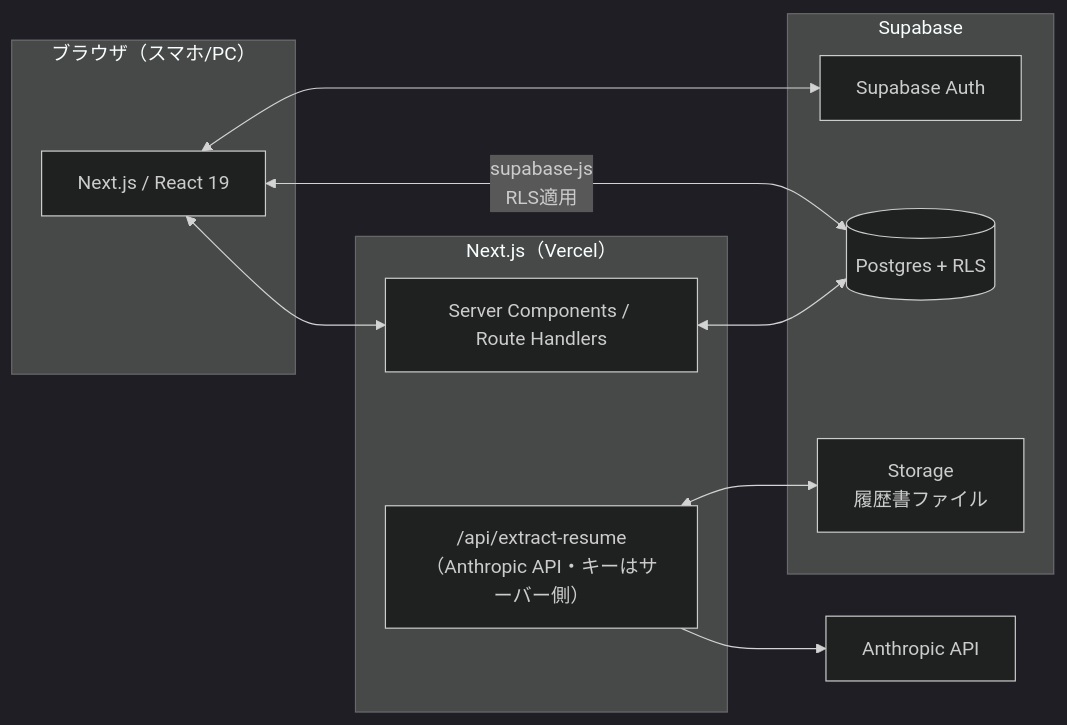
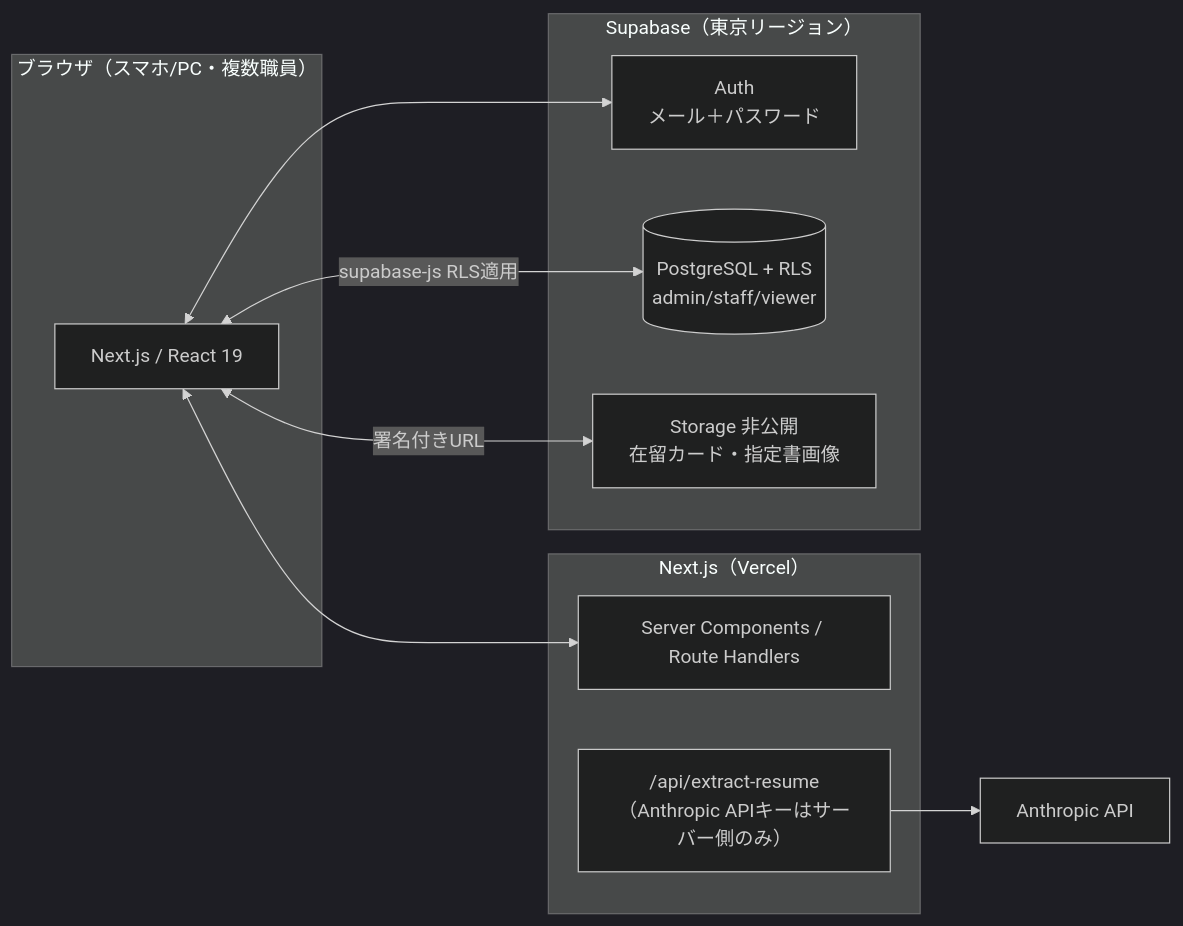
The diagram in docs/02_ssw_tracker_react_supabase_plan.md (akina12231988-star/immigration-app), drawn with Mermaid (dark theme) before and after one commit. The commit also changed other lines of this file and 1 other file, not shown here.

````diff
--- a/docs/02_ssw_tracker_react_supabase_plan.md
+++ b/docs/02_ssw_tracker_react_supabase_plan.md
@@ -88,21 +49,20 @@
 ```mermaid
 flowchart LR
-    subgraph Client["ブラウザ（スマホ/PC）"]
+    subgraph Client["ブラウザ（スマホ/PC・複数職員）"]
         UI[Next.js / React 19]
     end
     subgraph Server["Next.js（Vercel）"]
         RSC[Server Components / Route Handlers]
-        AI["/api/extract-resume<br>（Anthropic API・キーはサーバー側）"]
+        AI["/api/extract-resume<br>（Anthropic APIキーはサーバー側のみ）"]
     end
-    subgraph Supabase
-        Auth[Supabase Auth]
-        PG[(Postgres + RLS)]
-        Storage[Storage<br>履歴書ファイル]
+    subgraph Supabase["Supabase（東京リージョン）"]
+        Auth[Auth<br>メール＋パスワード]
+        PG[(PostgreSQL + RLS<br>admin/staff/viewer)]
+        Storage[Storage 非公開<br>在留カード・指定書画像]
     end
     UI <--> RSC
     UI <--> Auth
-    UI <-->|supabase-js<br>RLS適用| PG
-    RSC <--> PG
+    UI <-->|supabase-js RLS適用| PG
+    UI <-->|署名付きURL| Storage
     AI --> Anthropic[Anthropic API]
-    AI <--> Storage
 ```
````
